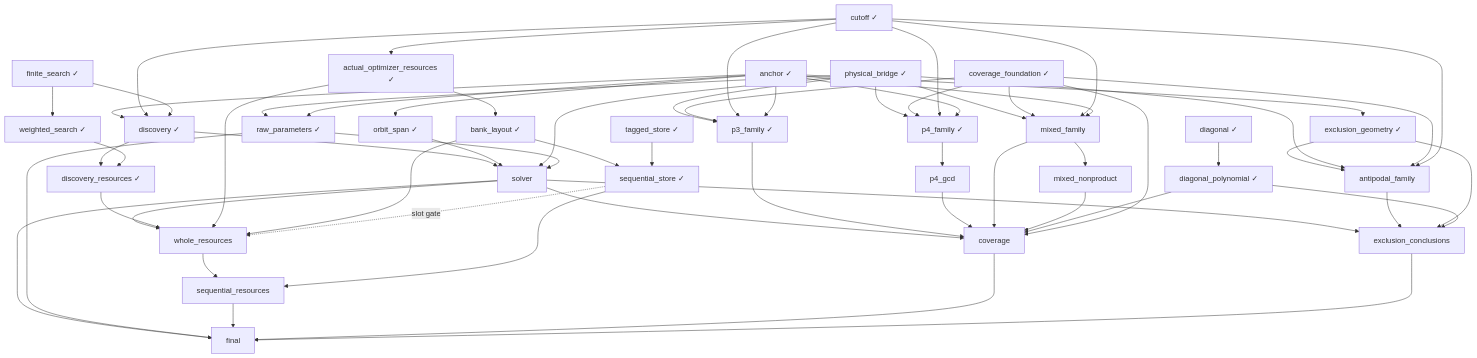
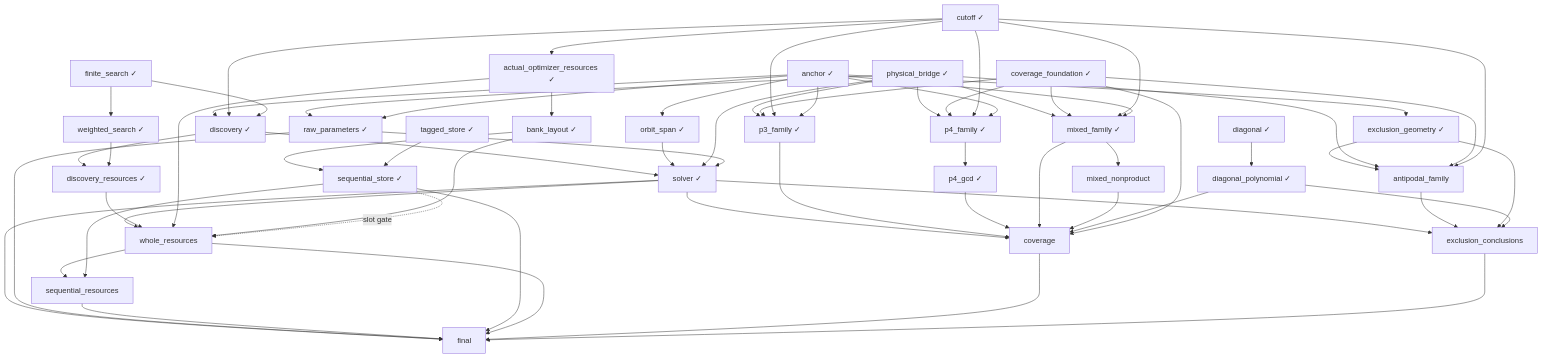
The diagram in pipelines/quantum_formalize/examples/m8/GRAPH.md (humanfia/science-mango), drawn with Mermaid before and after one commit. The commit also changed other lines of this file and 1047 other files, not shown here.

```diff
--- a/pipelines/quantum_formalize/examples/m8/GRAPH.md
+++ b/pipelines/quantum_formalize/examples/m8/GRAPH.md
@@ -12,7 +12,7 @@
   anchor --> discovery
   cutoff --> discovery
   finite_search --> discovery
-  solver["solver"]
+  solver["solver ✓"]
   discovery --> solver
   orbit_span --> solver
   physical_bridge --> solver
@@ -58,9 +58,9 @@
   coverage_foundation --> p4_family
   cutoff --> p4_family
   anchor --> p4_family
-  p4_gcd["p4_gcd"]
+  p4_gcd["p4_gcd ✓"]
   p4_family --> p4_gcd
-  mixed_family["mixed_family"]
+  mixed_family["mixed_family ✓"]
   physical_bridge --> mixed_family
   coverage_foundation --> mixed_family
   cutoff --> mixed_family
@@ -88,6 +88,8 @@
   solver --> final
   raw_parameters --> final
   sequential_resources --> final
+  sequential_store --> final
+  whole_resources --> final
   coverage --> final
   exclusion_conclusions --> final
   sequential_store["sequential_store ✓"]
```
